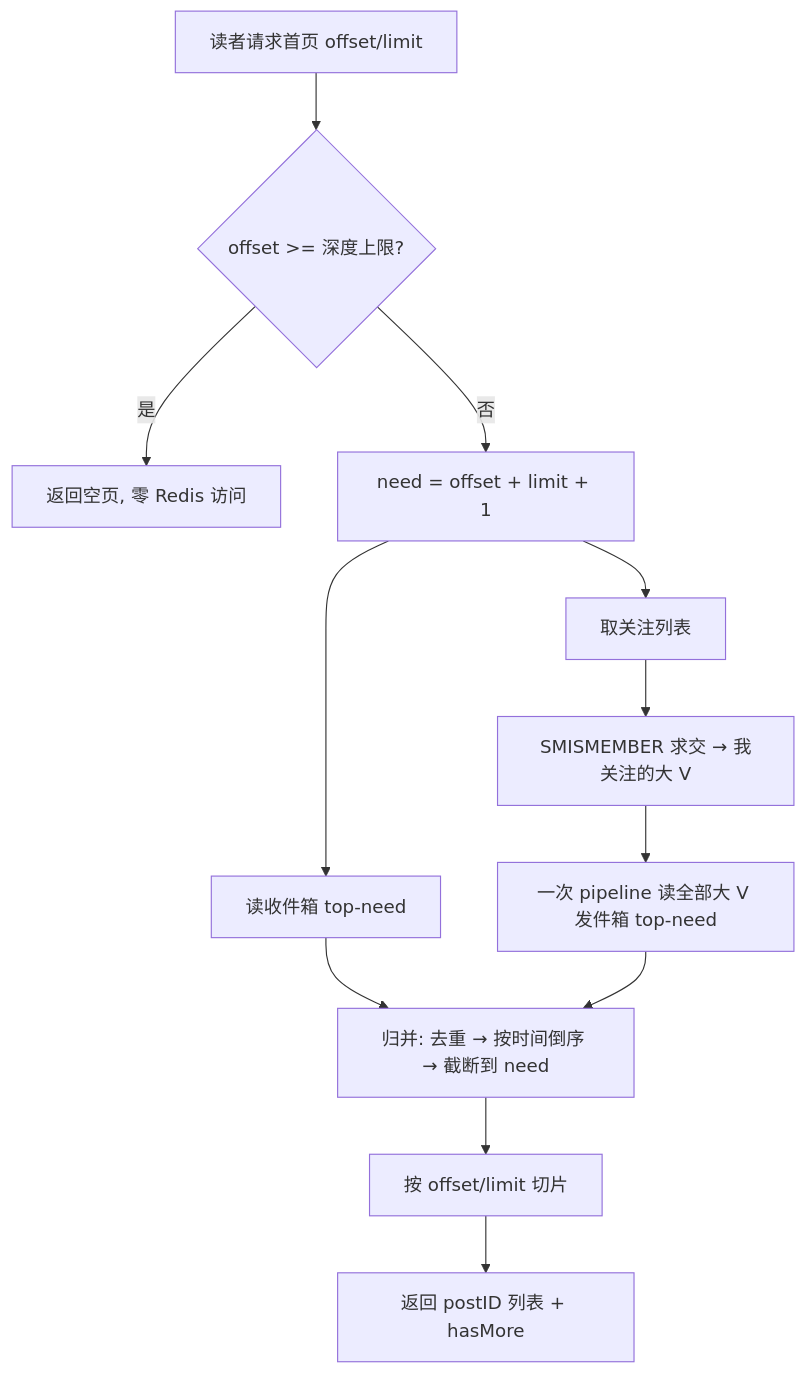
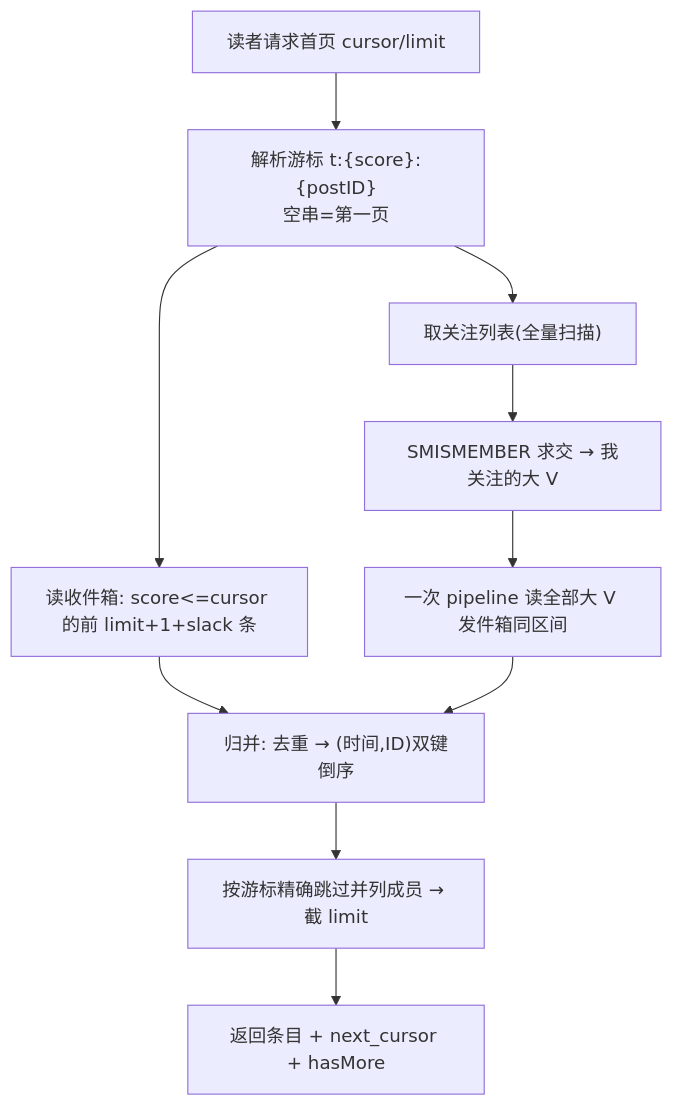
Before and after one commit to bitladykiller/zhiguang_go: the fifth of 5 diagrams in docs/modules/14-信息流扩散-读扩散写扩散与推拉结合.md, drawn with Mermaid. The commit also changed other lines of this file and 34 other files, not shown here.

````diff
--- a/docs/modules/14-信息流扩散-读扩散写扩散与推拉结合.md
+++ b/docs/modules/14-信息流扩散-读扩散写扩散与推拉结合.md
@@ -291,13 +293,11 @@
 ```mermaid
 flowchart TD
-    A["读者请求首页 offset/limit"] --> B{"offset >= 深度上限?"}
-    B -->|"是"| Z["返回空页, 零 Redis 访问"]
-    B -->|"否"| C["need = offset + limit + 1"]
-    C --> D["读收件箱 top-need"]
-    C --> E["取关注列表"]
+    A["读者请求首页 cursor/limit"] --> C["解析游标 t:{score}:{postID}<br/>空串=第一页"]
+    C --> D["读收件箱: score<=cursor 的前 limit+1+slack 条"]
+    C --> E["取关注列表(全量扫描)"]
     E --> F["SMISMEMBER 求交 → 我关注的大 V"]
-    F --> G["一次 pipeline 读全部大 V 发件箱 top-need"]
-    D & G --> H["归并: 去重 → 按时间倒序 → 截断到 need"]
-    H --> I["按 offset/limit 切片"]
-    I --> J["返回 postID 列表 + hasMore"]
+    F --> G["一次 pipeline 读全部大 V 发件箱同区间"]
+    D & G --> H["归并: 去重 → (时间,ID)双键倒序"]
+    H --> I["按游标精确跳过并列成员 → 截 limit"]
+    I --> J["返回条目 + next_cursor + hasMore"]
 ```
````
